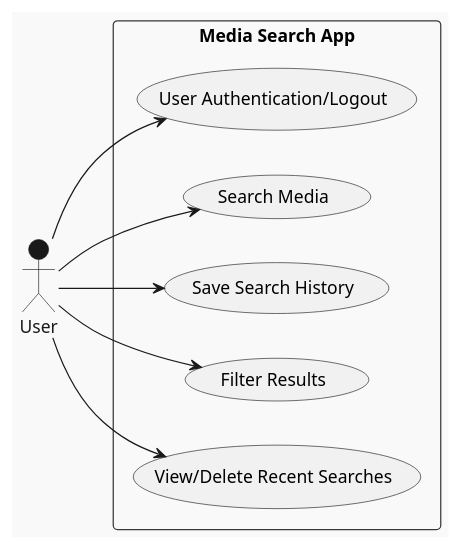
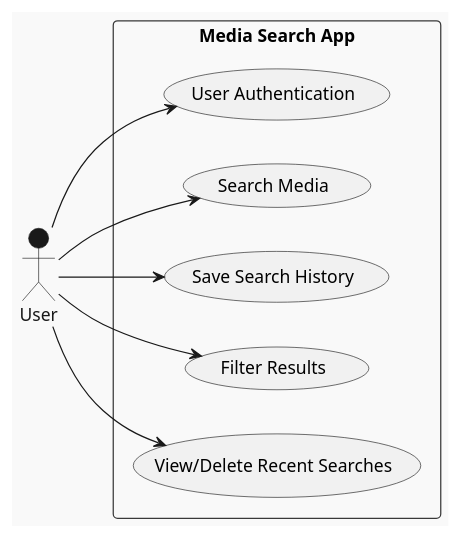
The diagram in docs/UML/use-case.puml (lyndsie1102/SEapp), drawn with PlantUML before and after one commit. The commit also changed 9 other files, not shown here.

Commit message:
Add save search APIs, remove redundant APIs and modify diagram docs

```diff
--- a/docs/UML/use-case.puml
+++ b/docs/UML/use-case.puml
@@ -1,12 +1,12 @@
 @startuml
 !theme mars
 left to right direction
 actor User as U
 rectangle "Media Search App" {
-  U --> (User Authentication/Logout)
+  U --> (User Authentication)
   U --> (Search Media)
   U --> (Save Search History)
   U --> (Filter Results)
   U --> (View/Delete Recent Searches)
 }
 @enduml
```
